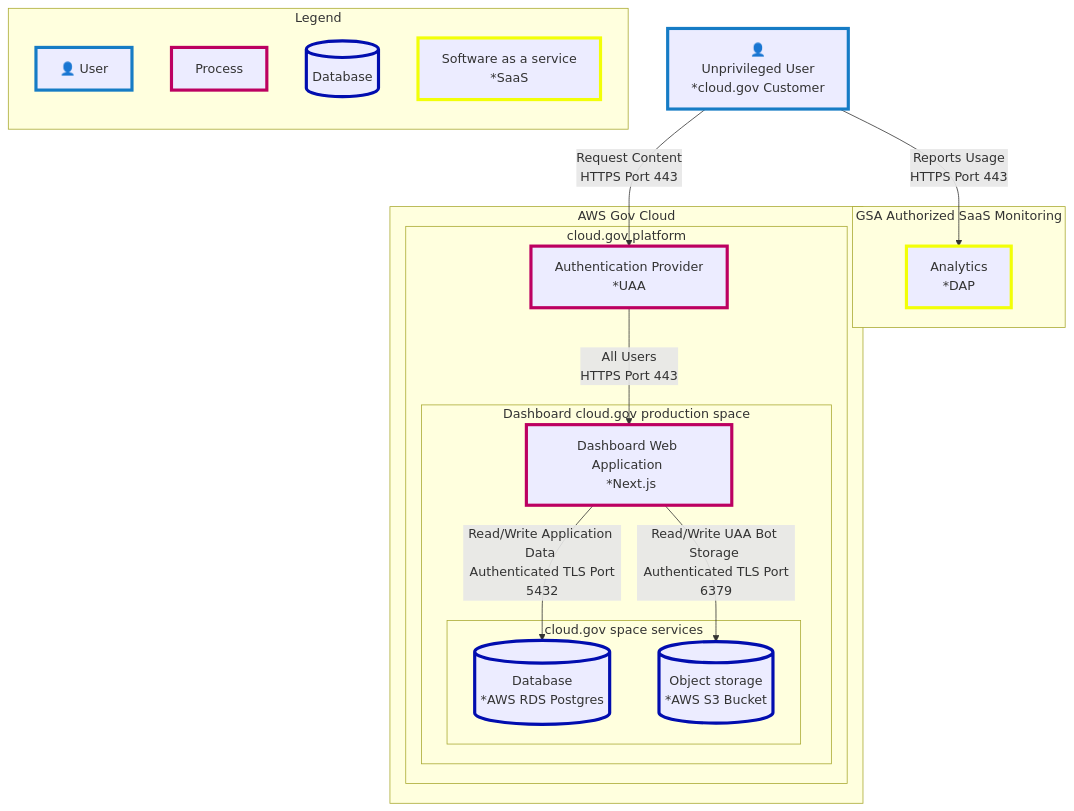
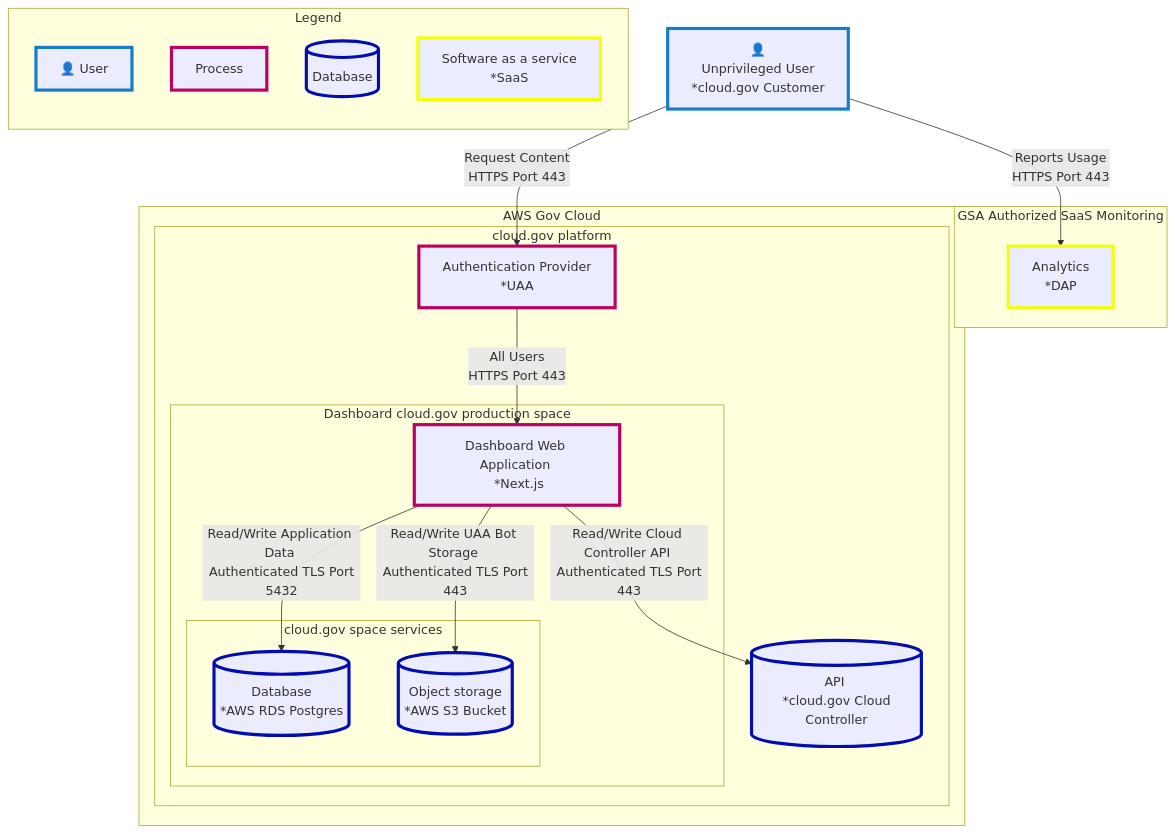
One commit to cloud-gov/cg-ui changed the diagram in docs/diagrams/web.md. Above: the diagram before and after it, drawn with Mermaid.

Commit message:
Add CAPI, update s3 port

````diff
--- a/docs/diagrams/web.md
+++ b/docs/diagrams/web.md
@@ -1,62 +1,64 @@
 ```mermaid
 flowchart TB
   direction BT
   %% Styles
   classDef userStyle stroke:#167CC5,stroke-width:4px
   classDef processStyle stroke:#bc0061,stroke-width:4px
   classDef saasStyle stroke:#f2ff07,stroke-width:4px
   classDef dbStyle stroke:#010daf,stroke-width:4px
 
   %% Component Defintions
 
   %% Users
   user_unprivleged["👤  <br/> Unprivileged User <br/> *cloud.gov Customer"]:::userStyle
 
   %% SaaS
   dap[Analytics <br/> *DAP]:::saasStyle
 
   %% Processors
   auth_provider[Authentication Provider <br/> *UAA]:::processStyle
   dashboard_app[Dashboard Web Application <br/> *Next.js]:::processStyle
 
   %% Databases
   database[(Database <br/> *AWS RDS Postgres)]:::dbStyle
+  api[(API <br /> *cloud.gov Cloud Controller)]:::dbStyle
   s3_bucket[(Object storage<br/> *AWS S3 Bucket)]:::dbStyle
 
   %% Flow
-  auth_provider -- All Users <br/> HTTPS Port 443--> dashboard_app
+  auth_provider -- All Users <br/> HTTPS Port 443 --> dashboard_app
 
   user_unprivleged -- Request Content <br/> HTTPS Port 443 --> auth_provider
   user_unprivleged -- Reports Usage <br/> HTTPS Port 443 --> dap
 
 
   dashboard_app -- Read/Write Application Data <br /> Authenticated TLS Port 5432  --> database
-  dashboard_app -- Read/Write UAA Bot Storage <br /> Authenticated TLS Port 6379  --> s3_bucket
-
+  dashboard_app -- Read/Write UAA Bot Storage <br /> Authenticated TLS Port 443  --> s3_bucket
+  dashboard_app -- Read/Write Cloud Controller API <br /> Authenticated TLS Port 443 --> api
 
   %% Layout
   subgraph GSA Authorized SaaS Monitoring
     dap
   end
 
   subgraph AWS Gov Cloud
     subgraph cloud.gov platform
       auth_provider
       subgraph Dashboard cloud.gov production space
         dashboard_app
         subgraph cloud.gov space services
           database
           s3_bucket
         end
       end
+      api
     end
   end
 
   subgraph Legend
     direction BT
     legend_user["👤 User"]:::userStyle
     legend_process[Process]:::processStyle
     legend_db[(Database)]:::dbStyle
     legend_saas[Software as a service <br/> *SaaS]:::saasStyle
   end
 ```
````
